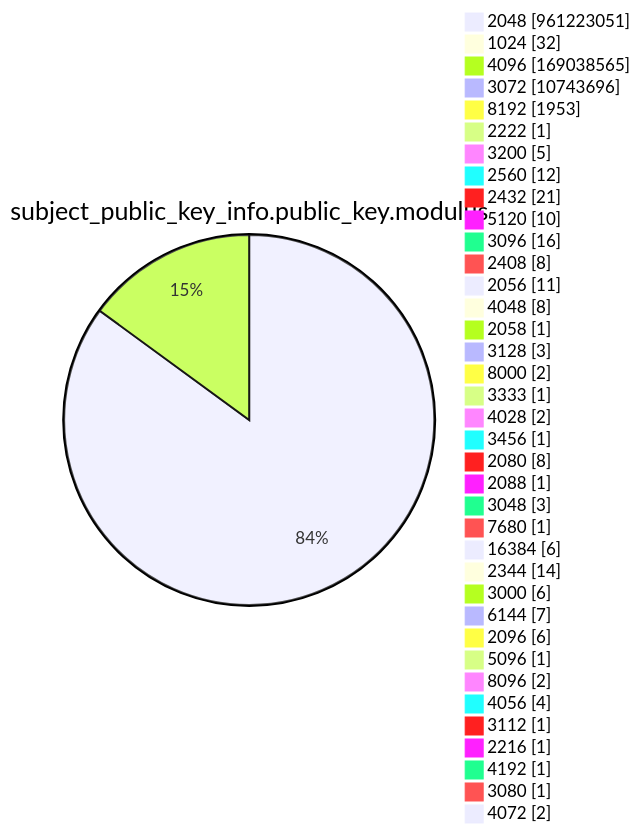
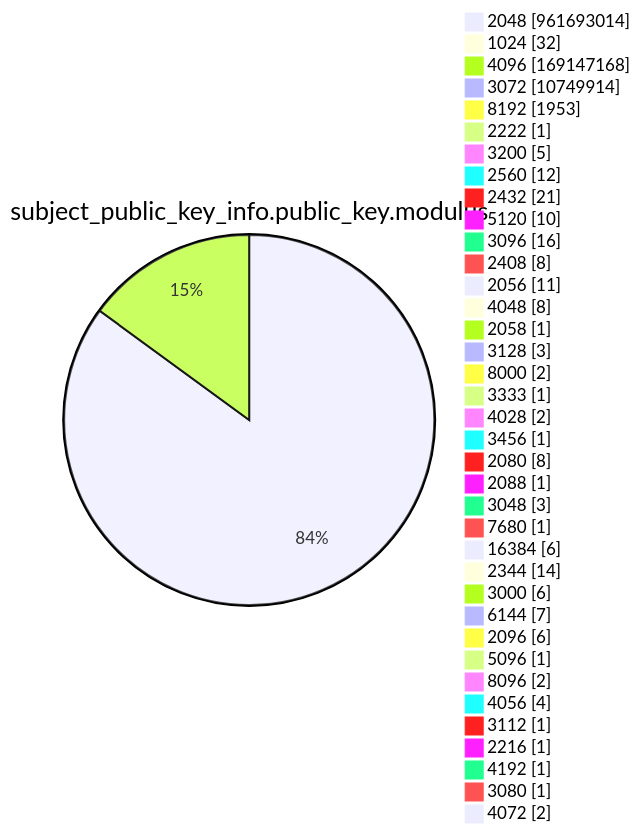
One commit to christiankrug/ctmonitor_visualization changed diagram 13 of 15 in argon2022/README.md. Above: the diagram before and after it, drawn with Mermaid. The commit also changed other lines of this file, not shown here.

````diff
--- a/argon2022/README.md
+++ b/argon2022/README.md
@@ -3586,41 +3586,41 @@
 ```mermaid
 pie showData
 title subject_public_key_info.public_key.modulus
-"2048" :961223051
+"2048" :961693014
 "1024" :32
-"4096" :169038565
-"3072" :10743696
+"4096" :169147168
+"3072" :10749914
 "8192" :1953
 "2222" :1
 "3200" :5
 "2560" :12
 "2432" :21
 "5120" :10
 "3096" :16
 "2408" :8
 "2056" :11
 "4048" :8
 "2058" :1
 "3128" :3
 "8000" :2
 "3333" :1
 "4028" :2
 "3456" :1
 "2080" :8
 "2088" :1
 "3048" :3
 "7680" :1
 "16384" :6
 "2344" :14
 "3000" :6
 "6144" :7
 "2096" :6
 "5096" :1
 "8096" :2
 "4056" :4
 "3112" :1
 "2216" :1
 "4192" :1
 "3080" :1
 "4072" :2
 ```
````
